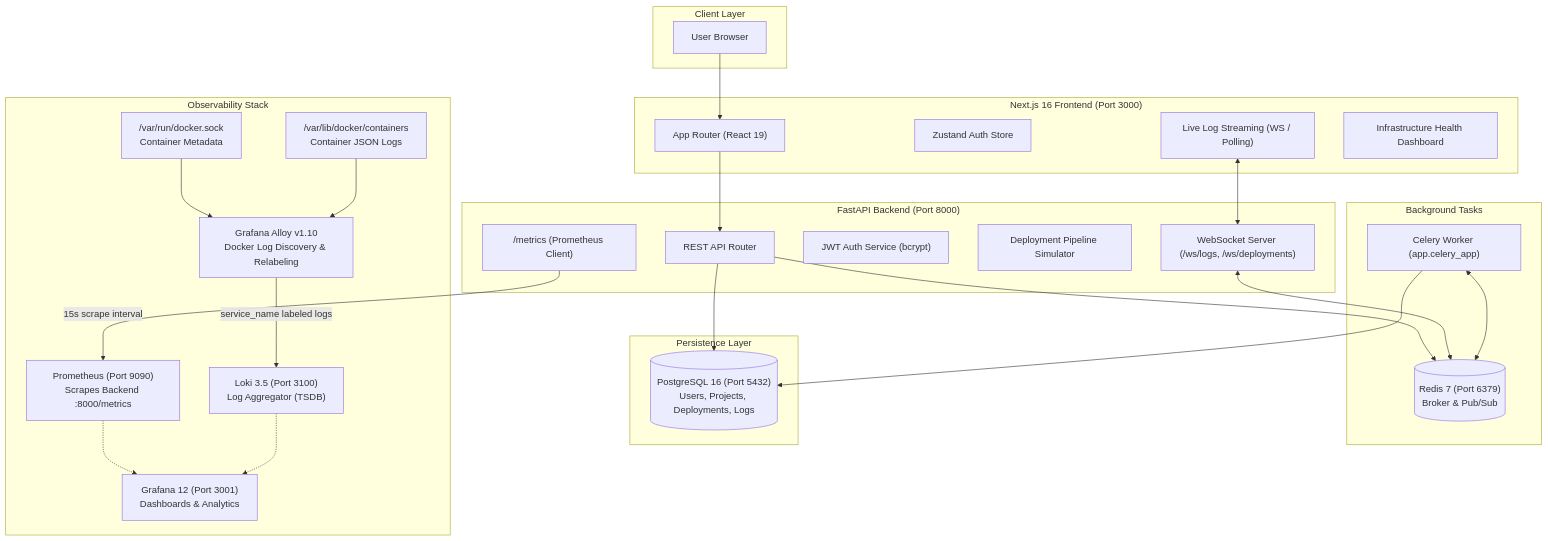
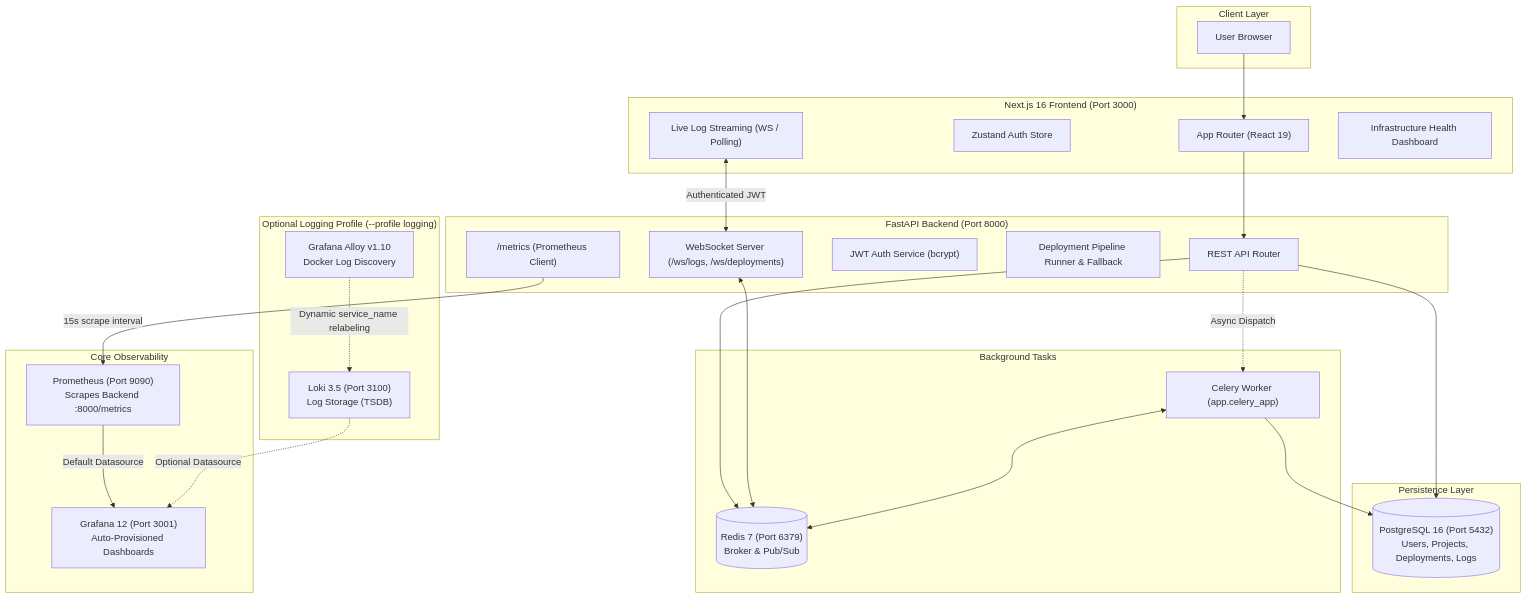
Before and after one commit to satviashwin369-creator/StackForge: the diagram in README.md, drawn with Mermaid. The commit also changed other lines of this file and 5 other files, not shown here.

````diff
--- a/README.md
+++ b/README.md
@@ -46,55 +48,55 @@
 ```mermaid
 flowchart TD
     subgraph Client ["Client Layer"]
         Browser["User Browser"]
     end
 
     subgraph Frontend ["Next.js 16 Frontend (Port 3000)"]
         UI["App Router (React 19)"]
         Zustand["Zustand Auth Store"]
         LogViewer["Live Log Streaming (WS / Polling)"]
         InfraView["Infrastructure Health Dashboard"]
     end
 
     subgraph Backend ["FastAPI Backend (Port 8000)"]
         API["REST API Router"]
         WS["WebSocket Server (/ws/logs, /ws/deployments)"]
         AuthSvc["JWT Auth Service (bcrypt)"]
-        DepSvc["Deployment Pipeline Simulator"]
+        DepSvc["Deployment Pipeline Runner & Fallback"]
         MetricsEp["/metrics (Prometheus Client)"]
     end
 
     subgraph Async ["Background Tasks"]
         Worker["Celery Worker (app.celery_app)"]
         Redis[("Redis 7 (Port 6379)\nBroker & Pub/Sub")]
     end
 
     subgraph Database ["Persistence Layer"]
         Postgres[("PostgreSQL 16 (Port 5432)\nUsers, Projects, Deployments, Logs")]
     end
 
-    subgraph Observability ["Observability Stack"]
+    subgraph CoreObservability ["Core Observability"]
         Prometheus["Prometheus (Port 9090)\nScrapes Backend :8000/metrics"]
-        Grafana["Grafana 12 (Port 3001)\nDashboards & Analytics"]
-        Loki["Loki 3.5 (Port 3100)\nLog Aggregator (TSDB)"]
-        Alloy["Grafana Alloy v1.10\nDocker Log Discovery & Relabeling"]
-        DockerSock["/var/run/docker.sock\nContainer Metadata"]
-        DockerLogs["/var/lib/docker/containers\nContainer JSON Logs"]
+        Grafana["Grafana 12 (Port 3001)\nAuto-Provisioned Dashboards"]
+    end
+
+    subgraph OptionalLogging ["Optional Logging Profile (--profile logging)"]
+        Loki["Loki 3.5 (Port 3100)\nLog Storage (TSDB)"]
+        Alloy["Grafana Alloy v1.10\nDocker Log Discovery"]
     end
 
     Browser --> UI
     UI --> API
-    LogViewer <--> WS
+    LogViewer <-->|Authenticated JWT| WS
     API --> Postgres
     API --> Redis
     WS <--> Redis
+    API -.->|Async Dispatch| Worker
     Worker <--> Redis
     Worker --> Postgres
 
-    DockerSock --> Alloy
-    DockerLogs --> Alloy
-    Alloy -->|service_name labeled logs| Loki
     MetricsEp -->|15s scrape interval| Prometheus
-    Prometheus -.-> Grafana
-    Loki -.-> Grafana
+    Prometheus -->|Default Datasource| Grafana
+    Alloy -.->|Dynamic service_name relabeling| Loki
+    Loki -.->|Optional Datasource| Grafana
 ```
````
